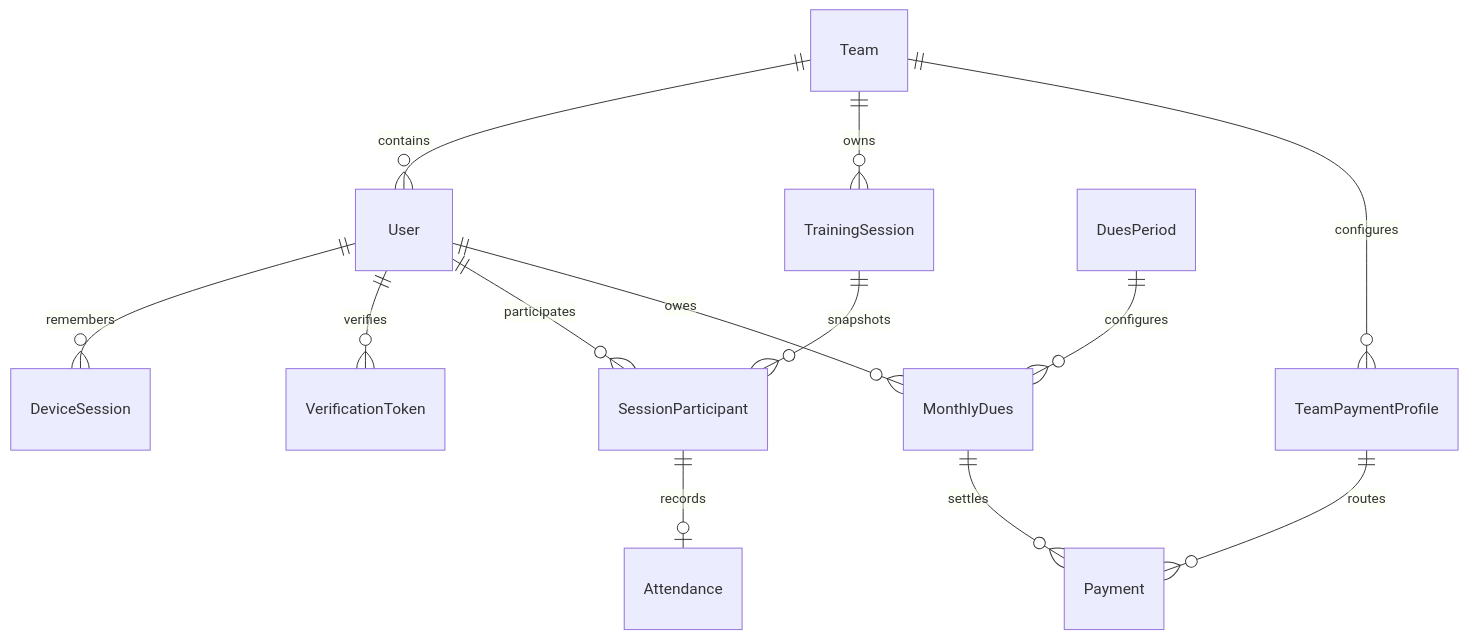
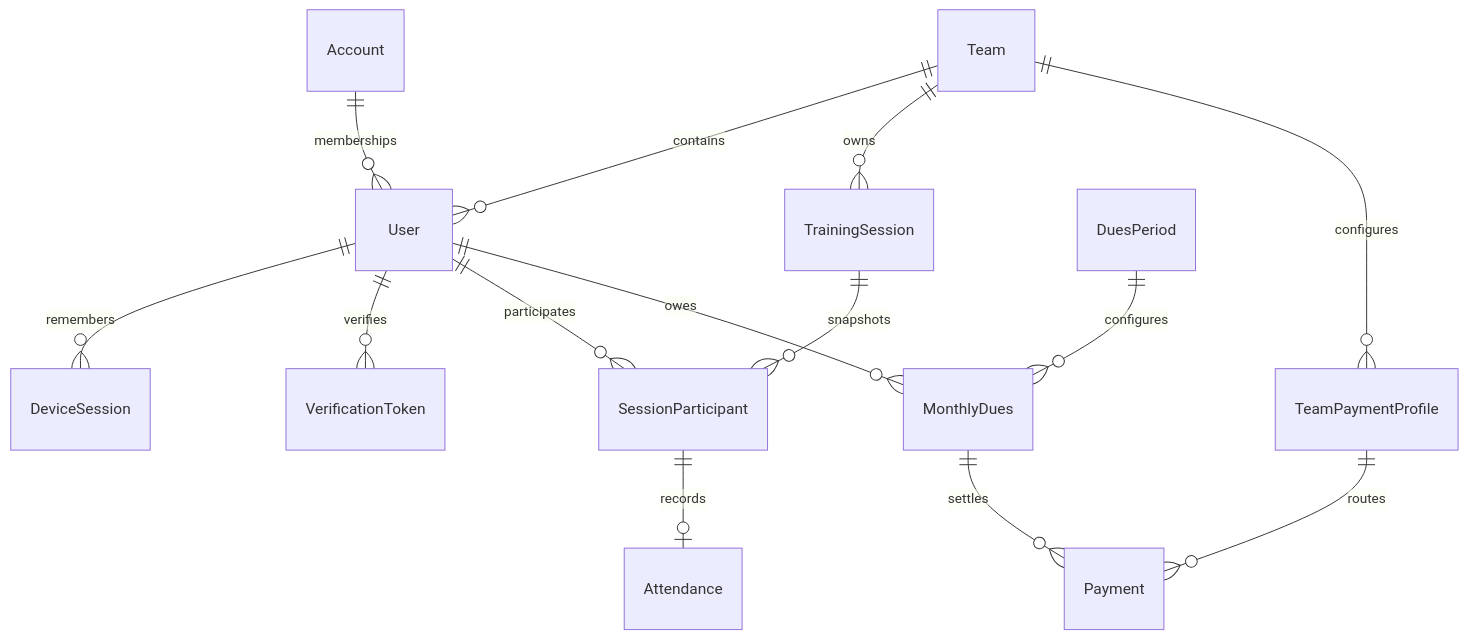
One commit to TheDEV111/Pitch_Presence changed the second of 2 diagrams in docs/backend/architecture.md. Above: the diagram before and after it, drawn with Mermaid. The commit also changed other lines of this file and 40 other files, not shown here.

````diff
--- a/docs/backend/architecture.md
+++ b/docs/backend/architecture.md
@@ -23,15 +23,16 @@
 ```mermaid
 erDiagram
+    Account ||--o{ User : memberships
     Team ||--o{ User : contains
     Team ||--o{ TrainingSession : owns
     Team ||--o{ TeamPaymentProfile : configures
     TeamPaymentProfile ||--o{ Payment : routes
     User ||--o{ DeviceSession : remembers
     User ||--o{ VerificationToken : verifies
     User ||--o{ SessionParticipant : participates
     TrainingSession ||--o{ SessionParticipant : snapshots
     SessionParticipant ||--o| Attendance : records
     User ||--o{ MonthlyDues : owes
     MonthlyDues ||--o{ Payment : settles
     DuesPeriod ||--o{ MonthlyDues : configures
 ```
````
